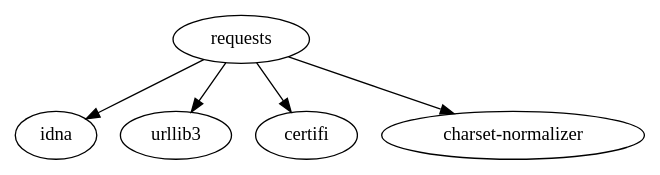
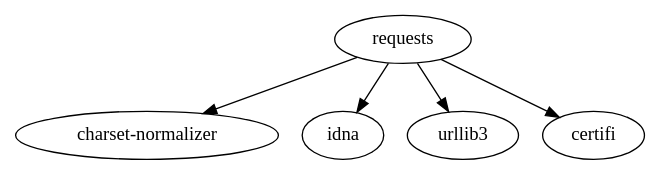
The first of 2 diagrams in README.md (burenotti/depviz), drawn with Graphviz before and after one commit. The commit also changed other lines of this file, not shown here.

````diff
--- a/README.md
+++ b/README.md
@@ -24,13 +24,13 @@
 ```dot
 digraph dependencies {
+    1 [label = "requests"];
+    2 [label = "charset-normalizer"];
     3 [label = "idna"];
     4 [label = "urllib3"];
     5 [label = "certifi"];
-    1 [label = "requests"];
-    2 [label = "charset-normalizer"];
     1 -> 2;
     1 -> 3;
     1 -> 4;
     1 -> 5;
 }
 ```
````
